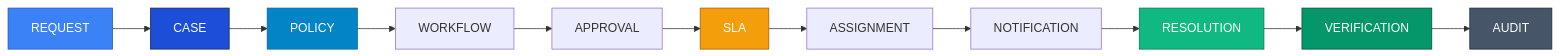
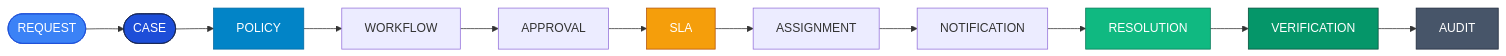
Before and after one commit to Crystal-Studio-Labs/Campus-Relay: the first of 8 diagrams in README.md, drawn with Mermaid. The commit also changed other lines of this file and 2 other files, not shown here.

Commit message:
docs(readme): add centered app icon, tons of for-the-badge badges, Mermaid diagrams, and Star History section

````diff
--- a/README.md
+++ b/README.md
@@ -56,21 +86,21 @@
 ```mermaid
 flowchart LR
-    REQ[REQUEST] --> CASE[CASE]
+    REQ([REQUEST]) --> CASE([CASE])
     CASE --> POL[POLICY]
     POL --> WF[WORKFLOW]
     WF --> APP[APPROVAL]
     APP --> SLA[SLA]
     SLA --> ASN[ASSIGNMENT]
     ASN --> NOTIF[NOTIFICATION]
     NOTIF --> RES[RESOLUTION]
     RES --> VER[VERIFICATION]
     VER --> AUDIT[AUDIT]
 
     style REQ fill:#3b82f6,stroke:#1d4ed8,color:#ffffff
     style CASE fill:#1d4ed8,stroke:#172554,color:#ffffff
     style POL fill:#0284c7,stroke:#0369a1,color:#ffffff
     style SLA fill:#f59e0b,stroke:#b45309,color:#ffffff
     style RES fill:#10b981,stroke:#047857,color:#ffffff
     style VER fill:#059669,stroke:#064e3b,color:#ffffff
     style AUDIT fill:#475569,stroke:#1e293b,color:#ffffff
 ```
````
